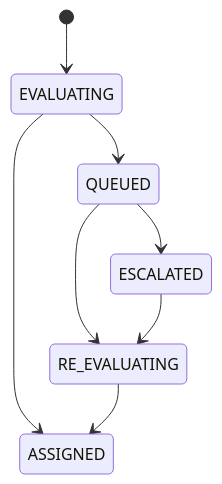
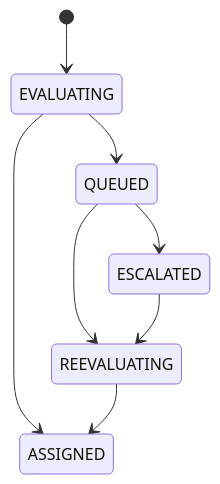
Before and after one commit to D-engahmed/OMILINKS: the third of 3 diagrams in docs/domain/routing.md, drawn with Mermaid. The commit also changed other lines of this file and 2 other files, not shown here.

````diff
--- a/docs/domain/routing.md
+++ b/docs/domain/routing.md
@@ -142,10 +144,10 @@
-```mermaid
+~~~mermaid
 stateDiagram-v2
     [*] --> EVALUATING
     EVALUATING --> ASSIGNED
     EVALUATING --> QUEUED
-    QUEUED --> RE_EVALUATING
-    RE_EVALUATING --> ASSIGNED
+    QUEUED --> REEVALUATING
+    REEVALUATING --> ASSIGNED
     QUEUED --> ESCALATED
-    ESCALATED --> RE_EVALUATING
-```
+    ESCALATED --> REEVALUATING
+~~~
````
